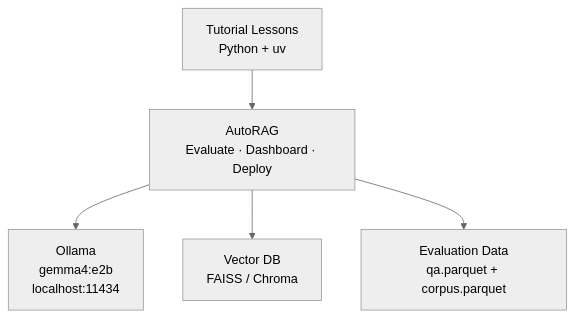
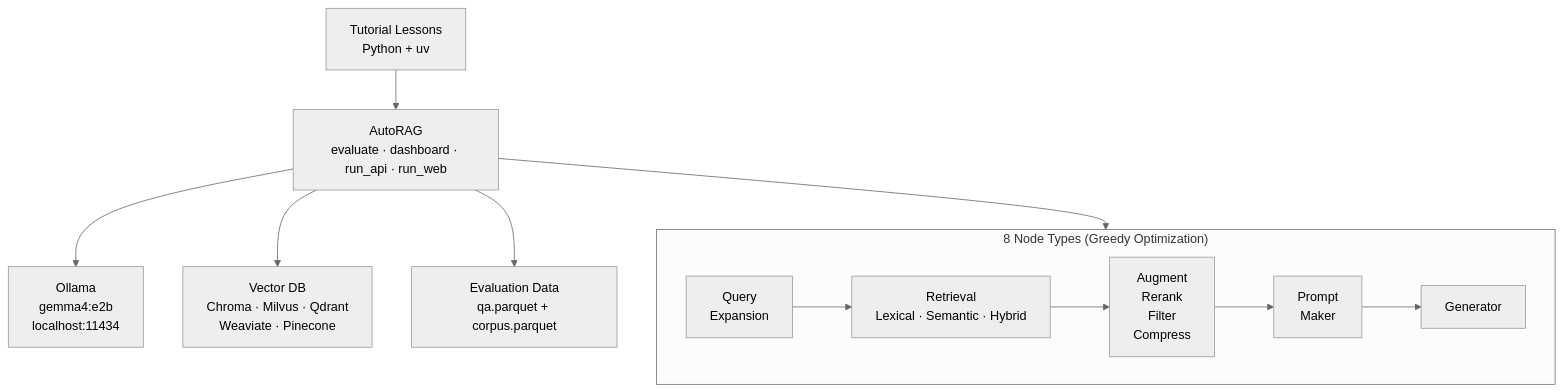
Before and after one commit to lukaskellerstein/autorag-tutorial: the diagram in README.md, drawn with Mermaid (neutral theme). The commit also changed other lines of this file and 45 other files, not shown here.

````diff
--- a/README.md
+++ b/README.md
@@ -17,7 +22,16 @@
 ```mermaid
 graph TD
-    A[Tutorial Lessons<br/>Python + uv] --> B[AutoRAG<br/>Evaluate · Dashboard · Deploy]
-    B --> C[Ollama<br/>gemma4:e2b<br/>localhost:11434]
-    B --> D[Vector DB<br/>FAISS / Chroma]
-    B --> E[Evaluation Data<br/>qa.parquet + corpus.parquet]
+    A["Tutorial Lessons<br/>Python + uv"] --> B["AutoRAG<br/>evaluate · dashboard · run_api · run_web"]
+    B --> C["Ollama<br/>gemma4:e2b<br/>localhost:11434"]
+    B --> D["Vector DB<br/>Chroma · Milvus · Qdrant<br/>Weaviate · Pinecone"]
+    B --> E["Evaluation Data<br/>qa.parquet + corpus.parquet"]
+
+    subgraph Pipeline["8 Node Types (Greedy Optimization)"]
+        direction LR
+        N1["Query<br/>Expansion"] --> N2["Retrieval<br/>Lexical · Semantic · Hybrid"]
+        N2 --> N3["Augment<br/>Rerank<br/>Filter<br/>Compress"]
+        N3 --> N4["Prompt<br/>Maker"] --> N5["Generator"]
+    end
+
+    B --> Pipeline
 ```
````
